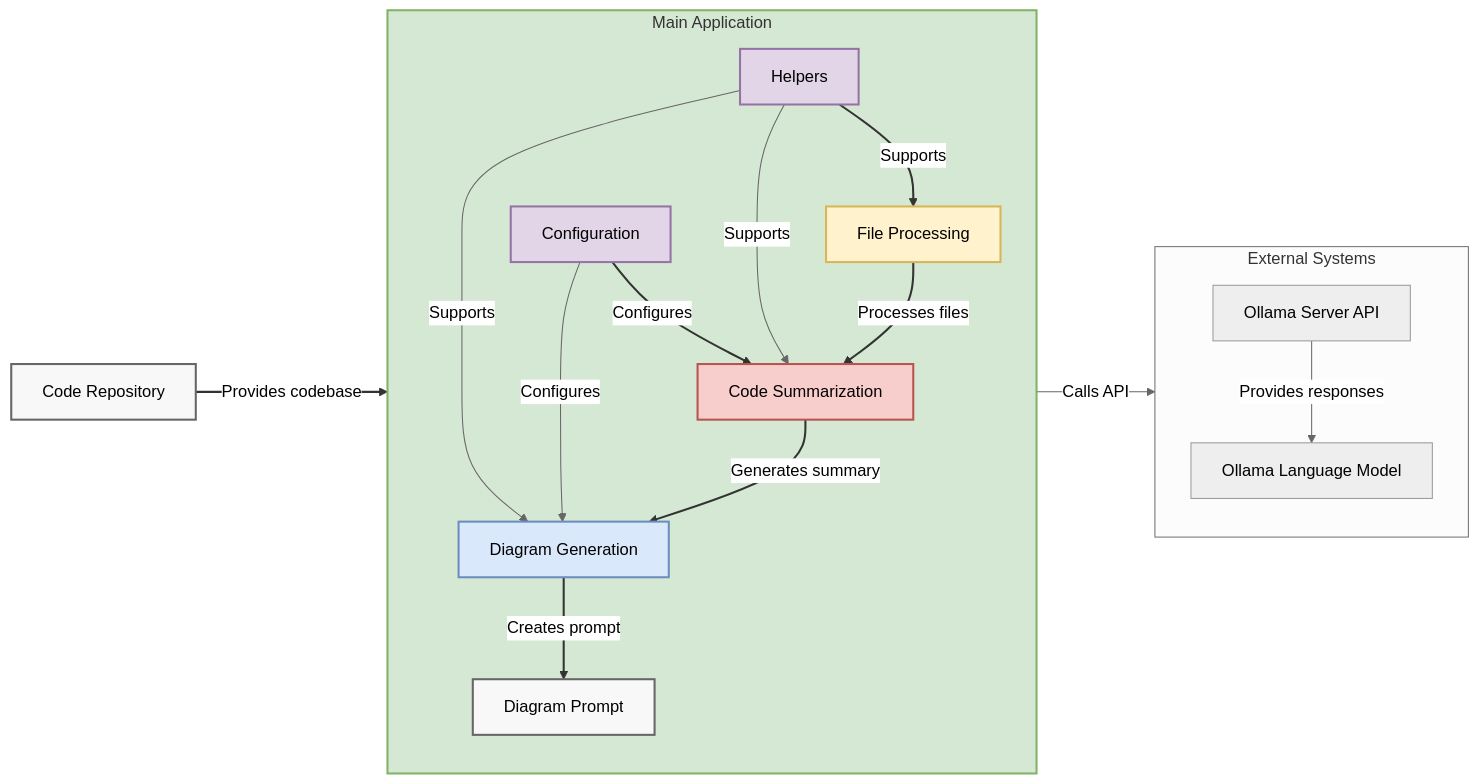
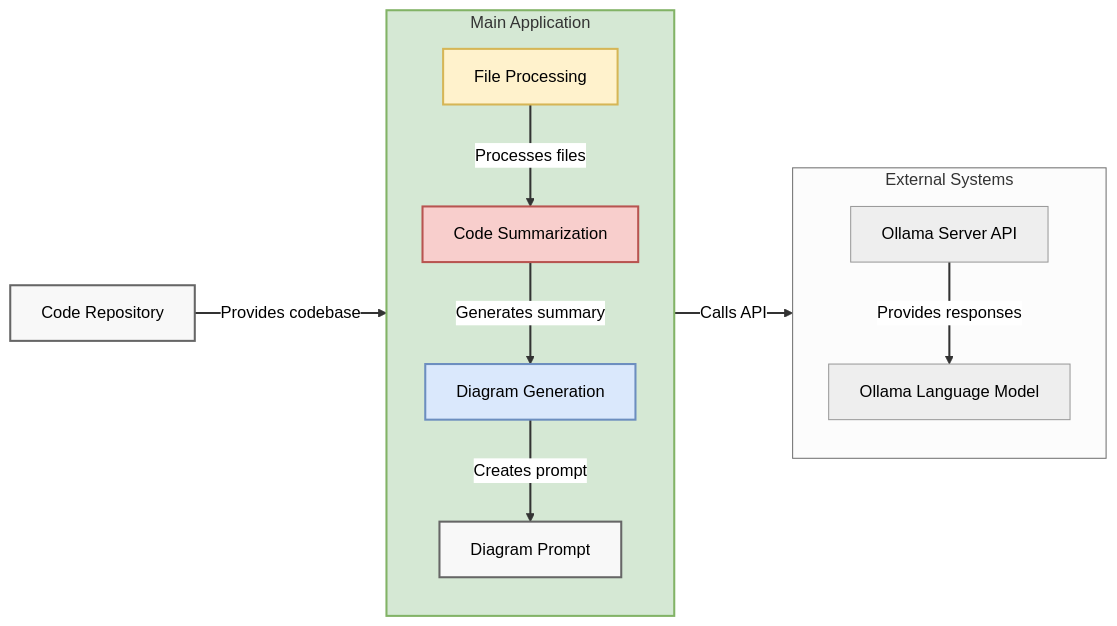
Before and after one commit to MaartenSmeets/insightcode: the diagram in README.md, drawn with Mermaid (neutral theme).

````diff
--- a/README.md
+++ b/README.md
@@ -5,60 +5,54 @@
 ```mermaid
 flowchart LR
     %% Define styles for different groups
     classDef mainApp fill:#D5E8D4,stroke:#82B366,stroke-width:2px
     classDef fileProc fill:#FFF2CC,stroke:#D6B656,stroke-width:2px
     classDef summarization fill:#F8CECC,stroke:#B85450,stroke-width:2px
     classDef diagramGen fill:#DAE8FC,stroke:#6C8EBF,stroke-width:2px
     classDef utilities fill:#E1D5E7,stroke:#9673A6,stroke-width:2px
     classDef external fill:#F5F5F5,stroke:#999999,stroke-width:2px
     classDef dataStore fill:#F8F8F8,stroke:#666666,stroke-width:2px
 
     %% Input and Output
     Repository[Code Repository] -->|Provides codebase| FileProcessing[File Processing]
 
     %% Main Application
     subgraph Main_Application [Main Application]
         direction TB
         FileProcessing -->|Processes files| Summarization[Code Summarization]
         Summarization -->|Generates summary| DiagramGeneration[Diagram Generation]
         DiagramGeneration -->|Creates prompt| OutputPrompt[Diagram Prompt]
-        
-        Helpers[Helpers] -->|Supports| FileProcessing
-        Configuration[Configuration] -->|Configures| Summarization
-        Helpers -->|Supports| Summarization
-        Configuration -->|Configures| DiagramGeneration
-        Helpers -->|Supports| DiagramGeneration
     end
     class Main_Application mainApp
 
     %% External Systems
     subgraph External_Systems [External Systems]
         direction TB
         Summarization -->|Calls API| OllamaAPI[Ollama Server API]
         OllamaAPI -->|Provides responses| OllamaLLM[Ollama Language Model]
     end
     class OllamaAPI, OllamaLLM
 
     %% Data Stores
     class Repository,OutputPrompt dataStore
 
     %% Utilities
     class Helpers,Configuration utilities
 
     %% Assign classes to components
     class FileProcessing fileProc
     class Summarization summarization
     class DiagramGeneration diagramGen
 
     %% Layout adjustments to minimize crossing lines
     %% Position external systems to the right
     %% Ensure repository is on the far left
 
     %% Additional styling to enhance professionalism
     linkStyle 0 stroke:#333, stroke-width:2px
     linkStyle 1 stroke:#333, stroke-width:2px
     linkStyle 2 stroke:#333, stroke-width:2px
     linkStyle 3 stroke:#333, stroke-width:2px
     linkStyle 4 stroke:#333, stroke-width:2px
     linkStyle 5 stroke:#333, stroke-width:2px
 ```
````
